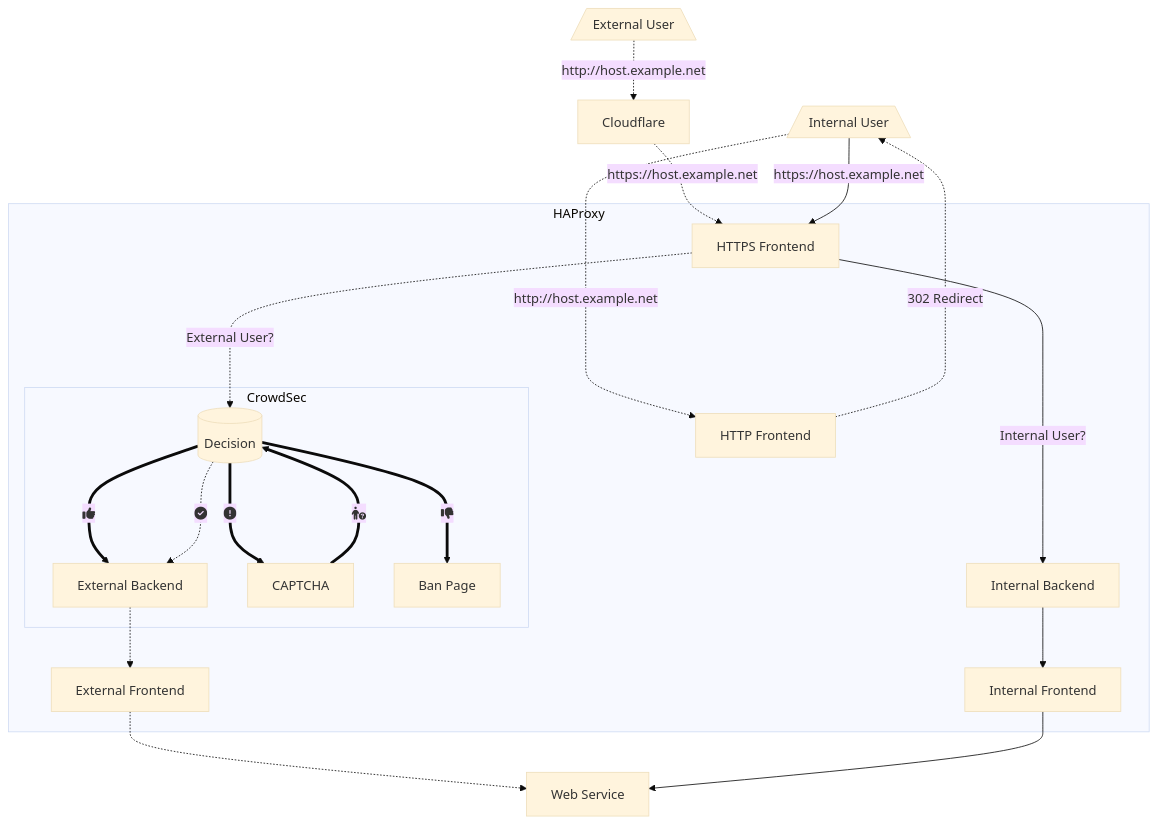
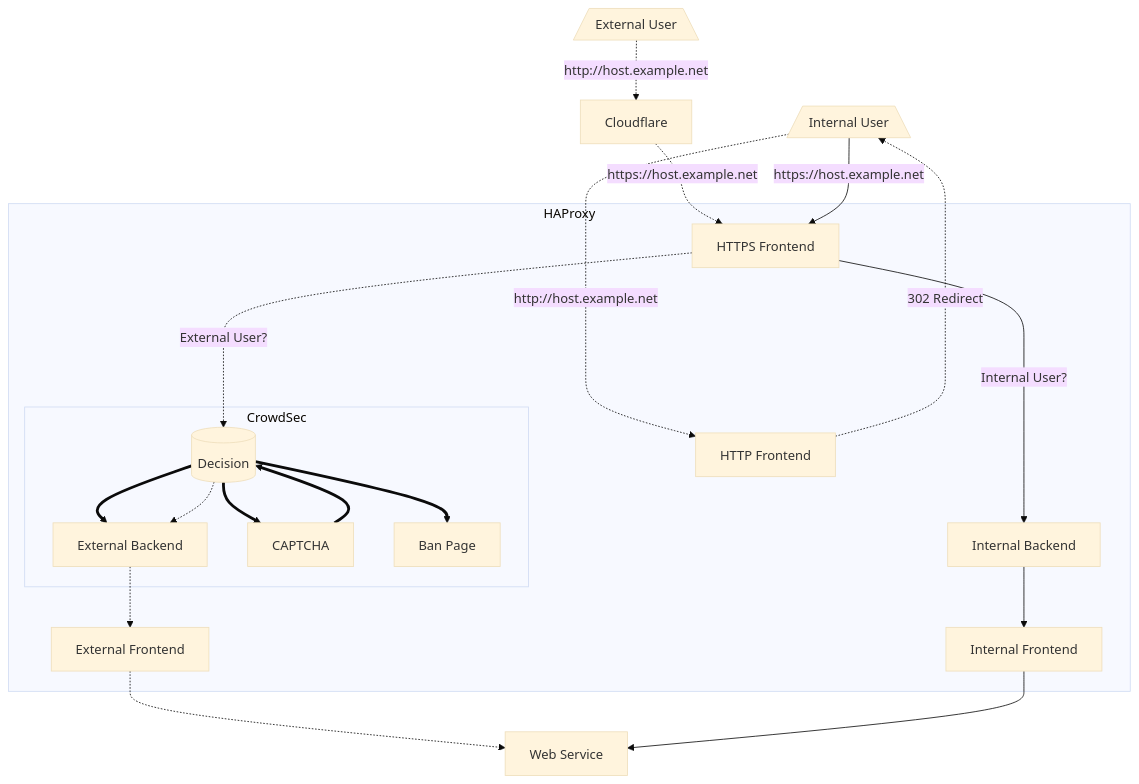
One commit to ciphermenial/ciphermenial.github.io changed the diagram in _posts/2022-07-19-my-haproxy-config.md. Above: the diagram before and after it, drawn with Mermaid (base theme).

````diff
--- a/_posts/2022-07-19-my-haproxy-config.md
+++ b/_posts/2022-07-19-my-haproxy-config.md
@@ -28,42 +28,42 @@
 ```mermaid
 graph TD
   ExtUsr[/External User\]
   IntUsr[/Internal User\]
   Cloudflare
   HTTP[HTTP Frontend]
   HTTPS[HTTPS Frontend]
   IntBackend[Internal Backend]
   IntFrontend[Internal Frontend]
   ExtBackend[External Backend]
   ExtFrontend[External Frontend]
   CS_Decision[(Decision)]
   CS_CAPTCHA[CAPTCHA]
   CS_Ban[Ban Page]
   Server[Web Service]
 
   ExtUsr -."http://host.example.net".-> Cloudflare
   Cloudflare -."https://host.example.net".-> HTTPS
   IntUsr --"https://host.example.net"--> HTTPS
   IntUsr -."http://host.example.net".-> HTTP
   HTTP -."302 Redirect"...-> IntUsr
 
   subgraph HAProxy
     HTTP
     HTTPS --"Internal User?"--> IntBackend
     ExtBackend -.-> ExtFrontend
     IntBackend --> IntFrontend
     HTTPS -."External User?"..-> CS_Decision
 
     subgraph CrowdSec
-      CS_Decision ==fa:fa-circle-exclamation===> CS_CAPTCHA
-      CS_Decision ==fa:fa-thumbs-down===> CS_Ban
-      CS_CAPTCHA ==fa:fa-person-circle-question===> CS_Decision
-      CS_Decision ==fa:fa-thumbs-up===> ExtBackend
+      CS_Decision ==> CS_CAPTCHA
+      CS_Decision ==> CS_Ban
+      CS_CAPTCHA ==> CS_Decision
+      CS_Decision ==> ExtBackend
 
     end
   end
 
- CS_Decision -.fa:fa-circle-check.-> ExtBackend
+ CS_Decision -.-> ExtBackend
  ExtFrontend -.-> Server
  IntFrontend --> Server
 ```
````
